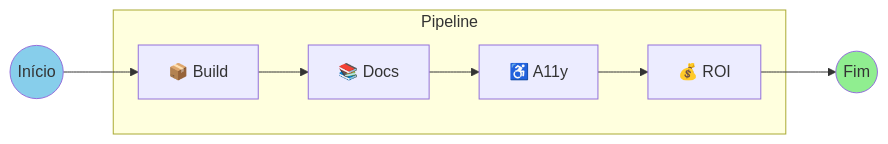
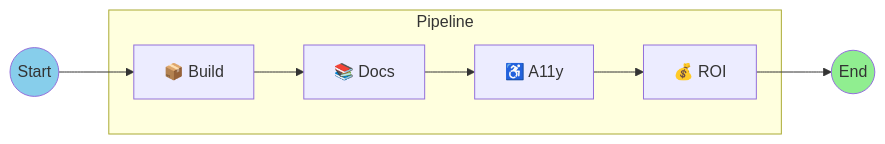
One commit to CyryxLabs/AEXOS changed the second of 7 diagrams in docs/aexos-workflows/design-system-build-quality-workflow.md. Above: the diagram before and after it, drawn with Mermaid. The commit also changed other lines of this file and 528 other files, not shown here.

````diff
--- a/docs/aexos-workflows/design-system-build-quality-workflow.md
+++ b/docs/aexos-workflows/design-system-build-quality-workflow.md
@@ -167,14 +167,14 @@
 ```mermaid
 graph LR
     subgraph Pipeline
         BUILD["📦 Build"] --> DOCS["📚 Docs"]
         DOCS --> A11Y["♿ A11y"]
         A11Y --> ROI["💰 ROI"]
     end
 
-    START((Início)) --> BUILD
-    ROI --> FINISH((Fim))
+    START((Start)) --> BUILD
+    ROI --> FINISH((End))
 
     style START fill:#87CEEB
     style FINISH fill:#90EE90
 ```
````
